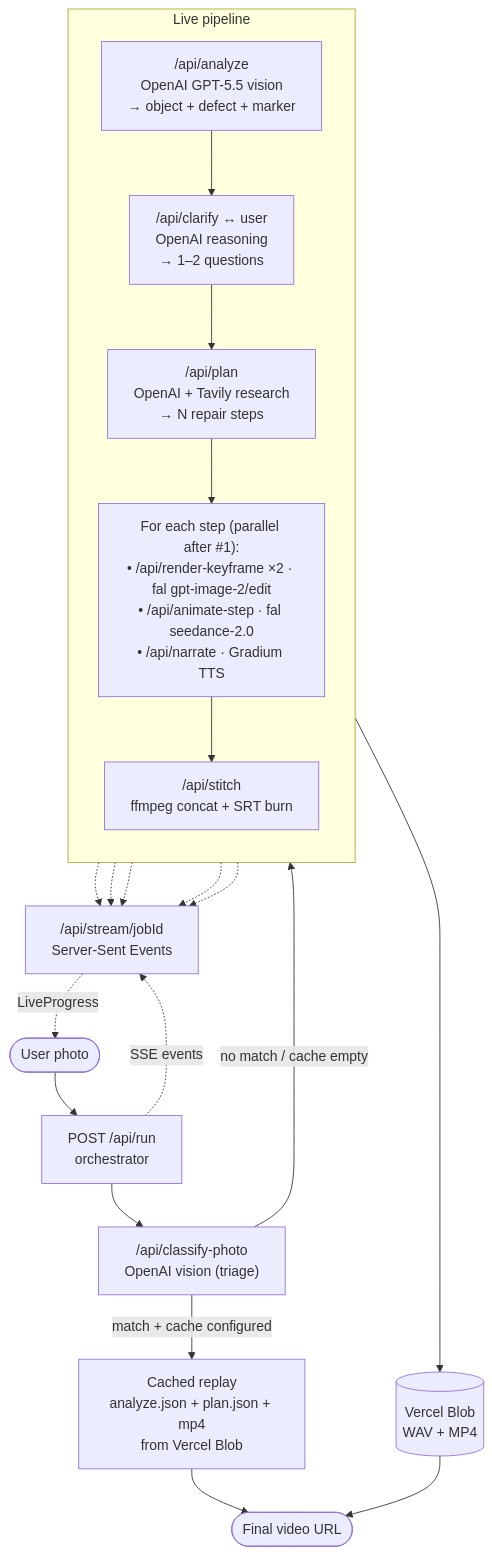
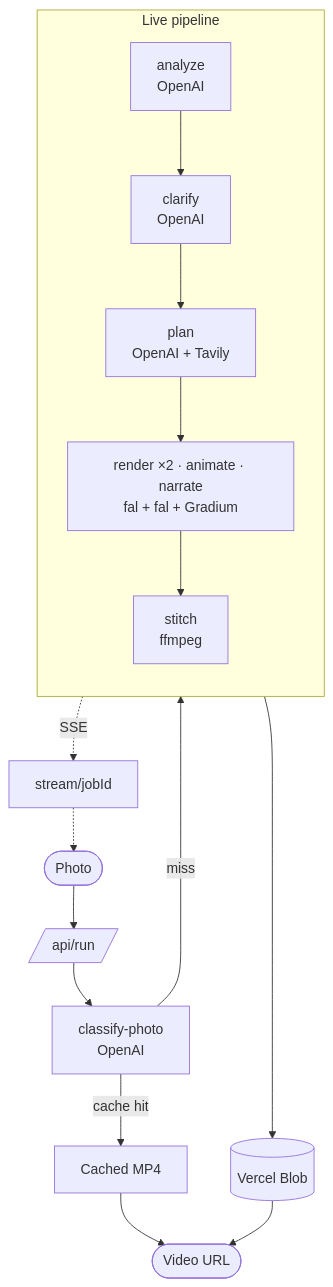
Before and after one commit to jolehuit/fixit: the diagram in README.md, drawn with Mermaid.

Commit message:
docs: tighten mermaid (short node labels, no sentences)

````diff
--- a/README.md
+++ b/README.md
@@ -20,33 +20,22 @@
 ```mermaid
 flowchart TD
-    User([User photo])
-    User --> Run
+    User([Photo]) --> Run[/api/run/]
+    Run --> Classify[classify-photo<br/>OpenAI]
+    Classify -->|cache hit| Cached[Cached MP4]
+    Classify -->|miss| Analyze
 
-    Run["POST /api/run<br/>orchestrator"]
-
-    Run --> Classify["/api/classify-photo<br/>OpenAI vision (triage)"]
-    Classify -->|match + cache configured| Cached["Cached replay<br/>analyze.json + plan.json + mp4<br/>from Vercel Blob"]
-    Classify -->|no match / cache empty| Live
-
-    subgraph Live["Live pipeline"]
+    subgraph Live[Live pipeline]
         direction TB
-        Analyze["/api/analyze<br/>OpenAI GPT-5.5 vision<br/>→ object + defect + marker"]
-        Clarify["/api/clarify ↔ user<br/>OpenAI reasoning<br/>→ 1–2 questions"]
-        Plan["/api/plan<br/>OpenAI + Tavily research<br/>→ N repair steps"]
-        StepLoop["For each step (parallel after #1):<br/>• /api/render-keyframe ×2 · fal gpt-image-2/edit<br/>• /api/animate-step · fal seedance-2.0<br/>• /api/narrate · Gradium TTS"]
-        Stitch["/api/stitch<br/>ffmpeg concat + SRT burn"]
-        Analyze --> Clarify --> Plan --> StepLoop --> Stitch
+        Analyze[analyze<br/>OpenAI] --> Clarify[clarify<br/>OpenAI]
+        Clarify --> Plan[plan<br/>OpenAI + Tavily]
+        Plan --> Step[render ×2 · animate · narrate<br/>fal + fal + Gradium]
+        Step --> Stitch[stitch<br/>ffmpeg]
     end
 
-    Stitch --> Blob[(Vercel Blob<br/>WAV + MP4)]
-    Cached --> Result
-    Blob --> Result([Final video URL])
+    Stitch --> Blob[(Vercel Blob)]
+    Cached --> Video([Video URL])
+    Blob --> Video
 
-    Run -.->|SSE events| Stream
-    Analyze -.-> Stream
-    Clarify -.-> Stream
-    Plan -.-> Stream
-    StepLoop -.-> Stream
-    Stitch -.-> Stream
-    Stream["/api/stream/jobId<br/>Server-Sent Events"] -.->|LiveProgress| User
+    Live -.->|SSE| Stream[stream/jobId]
+    Stream -.-> User
 ```
````
